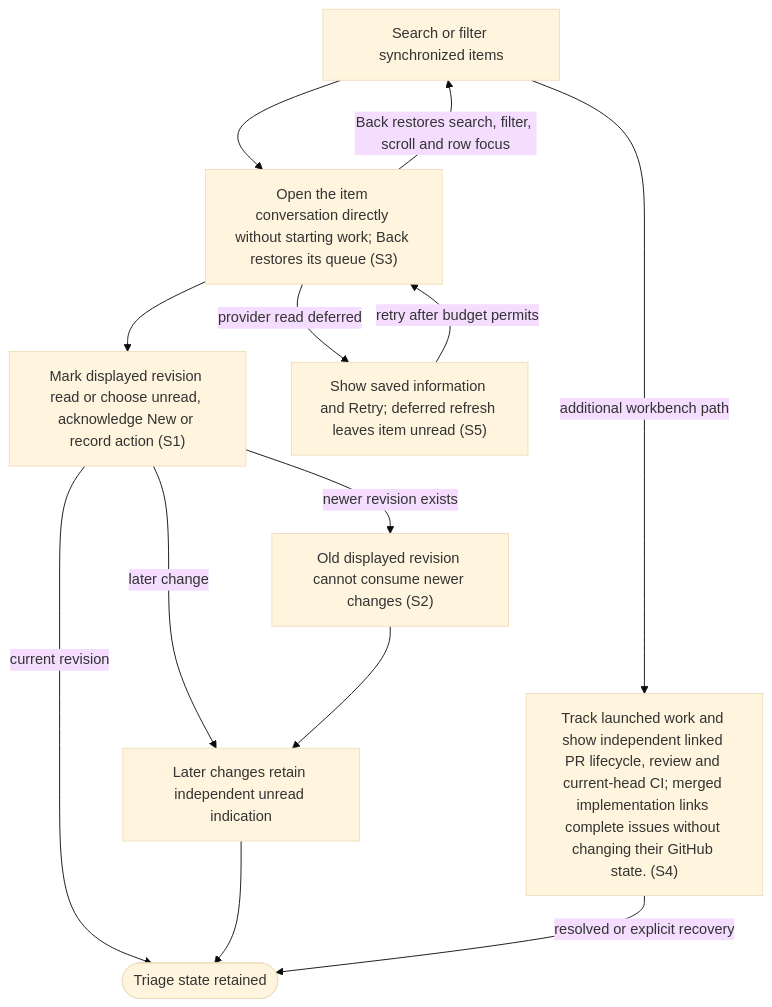
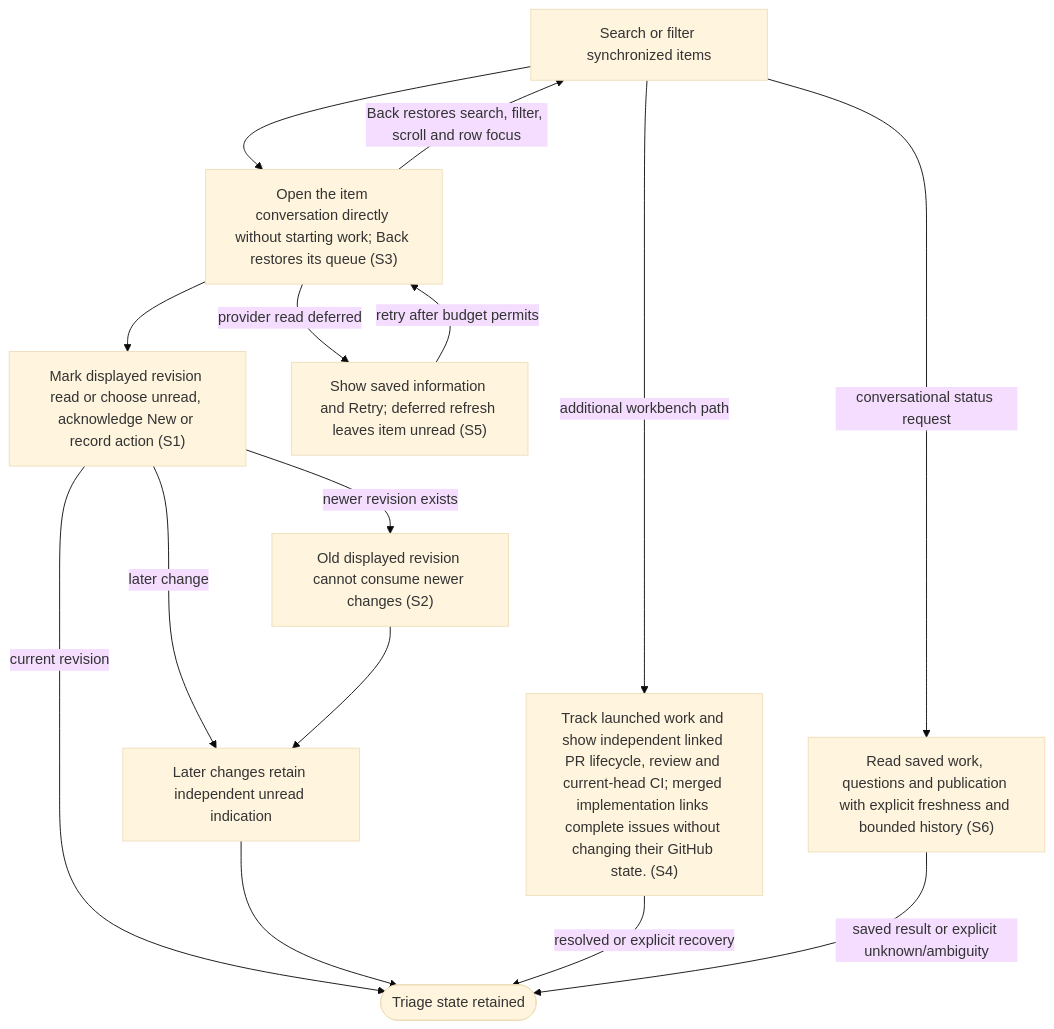
One commit to dk-code-factory/code-factory-plugin changed the diagram in docs/user-flows/triage-inbox.md. Above: the diagram before and after it, drawn with Mermaid (base theme). The commit also changed other lines of this file and 65 other files, not shown here.

First line of the commit message:
Return saved work promptly and queue agent follow-ups

````diff
--- a/docs/user-flows/triage-inbox.md
+++ b/docs/user-flows/triage-inbox.md
@@ -40,23 +42,26 @@
 ```mermaid
 flowchart TD
     N0["Search or filter synchronized items"]
     N1["Open the item conversation directly without starting work#59; Back restores its queue #40;S3#41;"]
     N2["Mark displayed revision read or choose unread, acknowledge New or record action #40;S1#41;"]
     N3["Later changes retain independent unread indication"]
     N4["Old displayed revision cannot consume newer changes #40;S2#41;"]
     N5(["Triage state retained"])
     N6["Track launched work and show independent linked PR lifecycle, review and current-head CI#59; merged implementation links complete issues without changing their GitHub state. #40;S4#41;"]
     N7["Show saved information and Retry#59; deferred refresh leaves item unread #40;S5#41;"]
+    N8["Read saved work, questions and publication with explicit freshness and bounded history #40;S6#41;"]
     N0 --> N1
     N1 --> N2
     N2 -->|"later change"| N3
     N2 -->|"newer revision exists"| N4
     N4 --> N3
     N2 -->|"current revision"| N5
     N3 --> N5
     N1 -->|"Back restores search, filter, scroll and row focus"| N0
     N0 -->|"additional workbench path"| N6
     N6 -->|"resolved or explicit recovery"| N5
     N1 -->|"provider read deferred"| N7
     N7 -->|"retry after budget permits"| N1
+    N0 -->|"conversational status request"| N8
+    N8 -->|"saved result or explicit unknown/ambiguity"| N5
 ```
````
